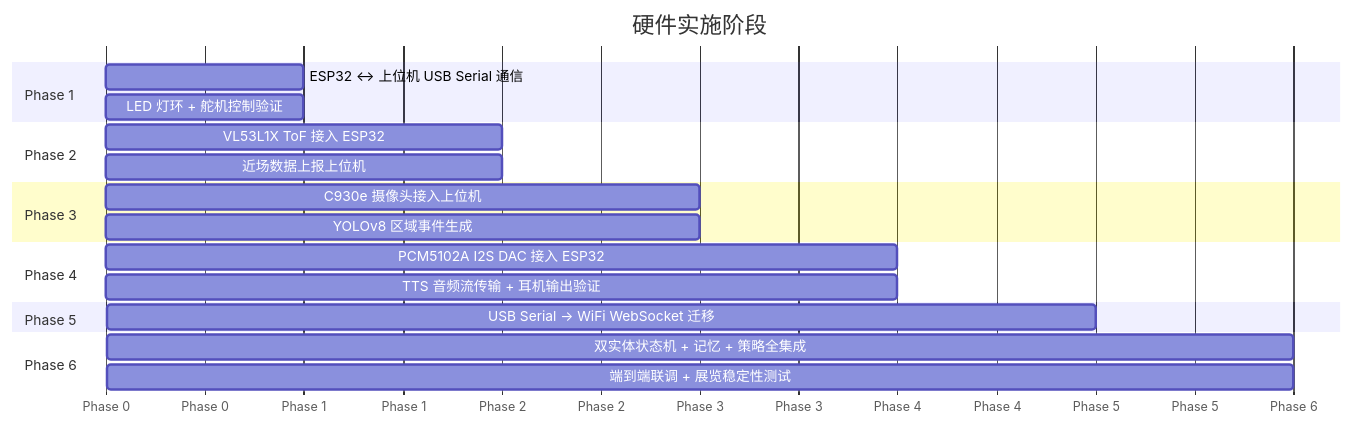
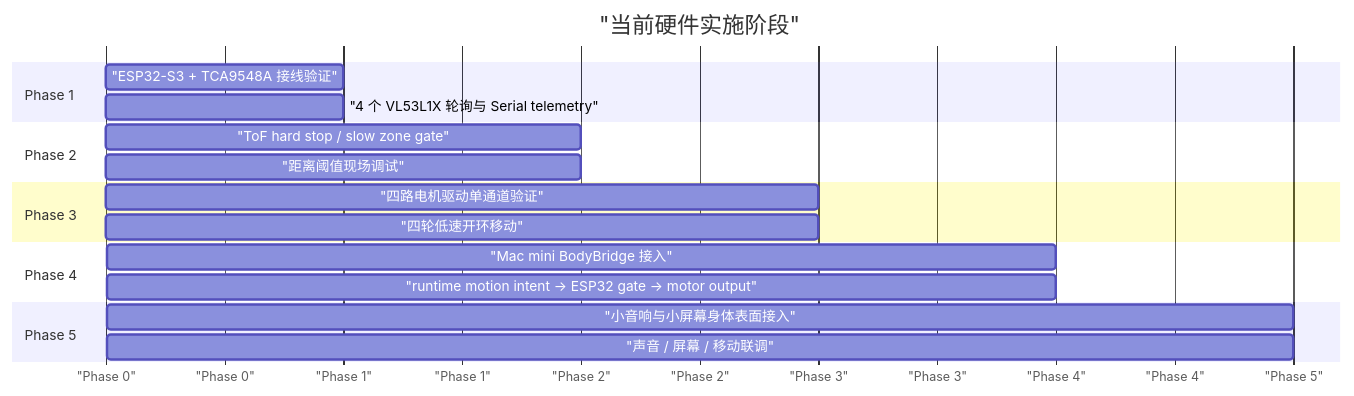
The seventh of 7 diagrams in docs/references/system_logic.md (Redmad-jack/Unnamed_system), drawn with Mermaid before and after one commit. The commit also changed other lines of this file and 2 other files, not shown here.

````diff
--- a/docs/references/system_logic.md
+++ b/docs/references/system_logic.md
@@ -429,29 +492,26 @@
 ```mermaid
 gantt
-    title 硬件实施阶段
-    dateFormat  X
-    axisFormat Phase %s
+    title "当前硬件实施阶段"
+    dateFormat X
+    axisFormat "Phase %s"
 
     section Phase 1
-    ESP32 ↔ 上位机 USB Serial 通信 :p1, 0, 1
-    LED 灯环 + 舵机控制验证          :p1b, 0, 1
+    "ESP32-S3 + TCA9548A 接线验证" :p1, 0, 1
+    "4 个 VL53L1X 轮询与 Serial telemetry" :p1b, 0, 1
 
     section Phase 2
-    VL53L1X ToF 接入 ESP32           :p2, 1, 2
-    近场数据上报上位机                :p2b, 1, 2
+    "ToF hard stop / slow zone gate" :p2, 1, 2
+    "距离阈值现场调试" :p2b, 1, 2
 
     section Phase 3
-    C930e 摄像头接入上位机            :p3, 2, 3
-    YOLOv8 区域事件生成               :p3b, 2, 3
+    "四路电机驱动单通道验证" :p3, 2, 3
+    "四轮低速开环移动" :p3b, 2, 3
 
     section Phase 4
-    PCM5102A I2S DAC 接入 ESP32      :p4, 3, 4
-    TTS 音频流传输 + 耳机输出验证     :p4b, 3, 4
+    "Mac mini BodyBridge 接入" :p4, 3, 4
+    "runtime motion intent -> ESP32 gate -> motor output" :p4b, 3, 4
 
     section Phase 5
-    USB Serial → WiFi WebSocket 迁移 :p5, 4, 5
-
-    section Phase 6
-    双实体状态机 + 记忆 + 策略全集成  :p6, 5, 6
-    端到端联调 + 展览稳定性测试        :p6b, 5, 6
+    "小音响与小屏幕身体表面接入" :p5, 4, 5
+    "声音 / 屏幕 / 移动联调" :p5b, 4, 5
 ```
````
